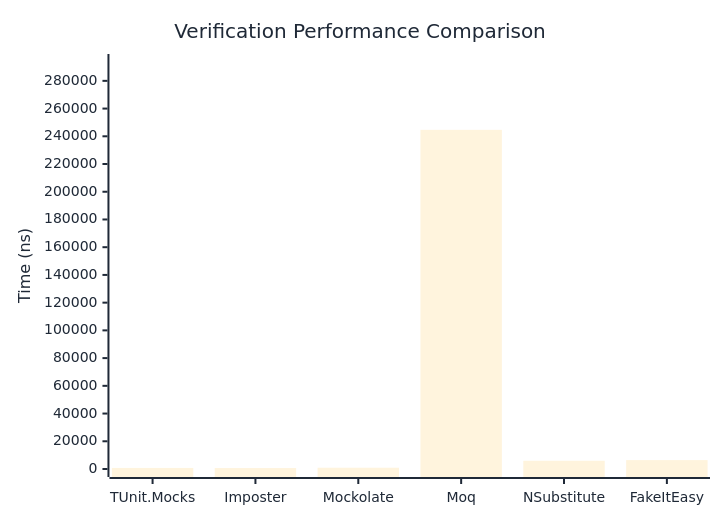
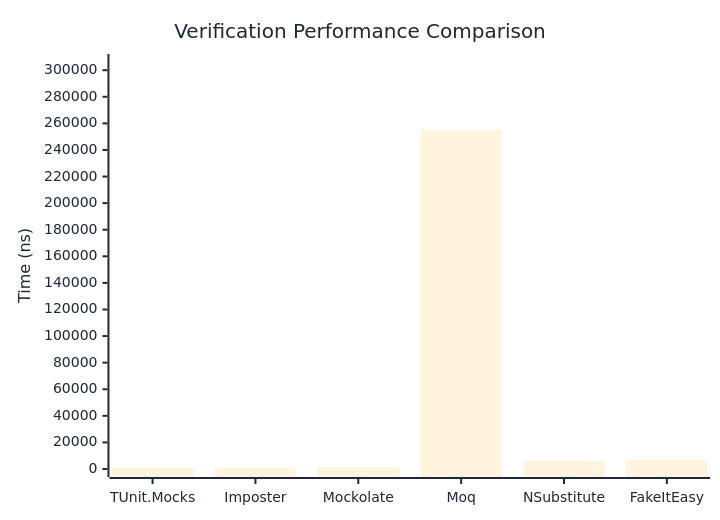
One commit to thomhurst/TUnit changed the first of 3 diagrams in docs/docs/benchmarks/mocks/Verification.md. Above: the diagram before and after it, drawn with Mermaid. The commit also changed other lines of this file and 14 other files, not shown here.

````diff
--- a/docs/docs/benchmarks/mocks/Verification.md
+++ b/docs/docs/benchmarks/mocks/Verification.md
@@ -28,27 +28,27 @@
 ```mermaid
 %%{init: {
   'theme':'base',
   'themeVariables': {
     'primaryColor': '#2563eb',
     'primaryTextColor': '#1f2937',
     'primaryBorderColor': '#1e40af',
     'lineColor': '#6b7280',
     'secondaryColor': '#7c3aed',
     'tertiaryColor': '#dc2626',
     'background': '#ffffff',
     'pie1': '#2563eb',
     'pie2': '#7c3aed',
     'pie3': '#dc2626',
     'pie4': '#f59e0b',
     'pie5': '#10b981',
     'pie6': '#06b6d4',
     'pie7': '#ec4899',
     'pie8': '#6366f1'
   }
 }}%%
 xychart-beta
   title "Verification Performance Comparison"
   x-axis ["TUnit.Mocks", "Imposter", "Mockolate", "Moq", "NSubstitute", "FakeItEasy"]
-  y-axis "Time (ns)" 0 --> 293596
-  bar [777.76, 690.29, 914.38, 244662.85, 5935.51, 6426.41]
+  y-axis "Time (ns)" 0 --> 306167
+  bar [881.31, 812.3, 1030.82, 255139.15, 6291.22, 7176.87]
 ```
````
